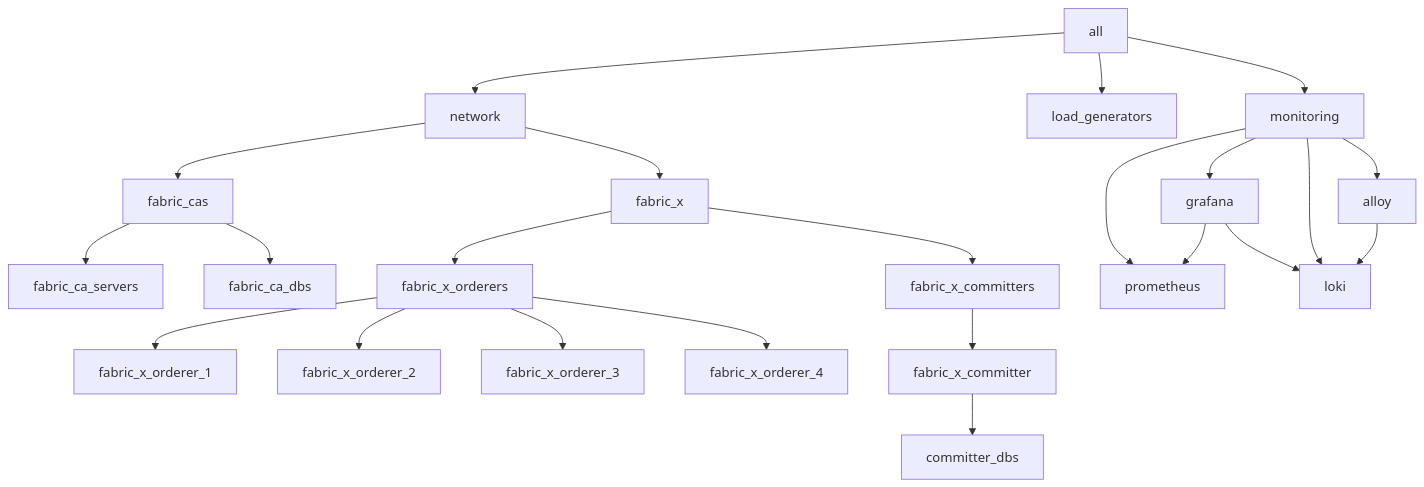
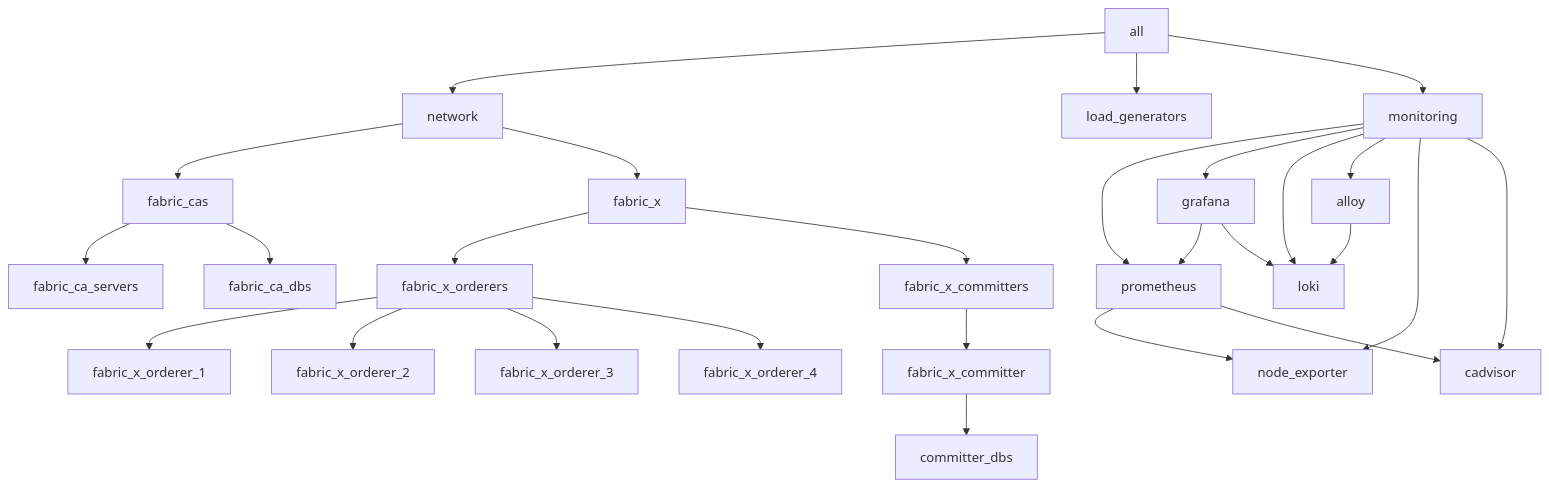
The diagram in examples/inventory/docs/local/fabric-x-yugabyte.md (LF-Decentralized-Trust-labs/fabric-x-ansible-collection), drawn with Mermaid before and after one commit. The commit also changed other lines of this file and 77 other files, not shown here.

````diff
--- a/examples/inventory/docs/local/fabric-x-yugabyte.md
+++ b/examples/inventory/docs/local/fabric-x-yugabyte.md
@@ -34,25 +34,29 @@
 ```mermaid
 flowchart TD
   all --> network
   network --> fabric_cas
   network --> fabric_x
   all --> load_generators
   all --> monitoring
   monitoring --> prometheus
   monitoring --> grafana
   monitoring --> loki
   monitoring --> alloy
+  monitoring --> node_exporter
+  monitoring --> cadvisor
   grafana --> prometheus
   grafana --> loki
   alloy --> loki
+  prometheus --> node_exporter
+  prometheus --> cadvisor
   fabric_cas --> fabric_ca_servers
   fabric_cas --> fabric_ca_dbs
   fabric_x --> fabric_x_orderers
   fabric_x --> fabric_x_committers
   fabric_x_committers --> fabric_x_committer
   fabric_x_orderers --> fabric_x_orderer_1
   fabric_x_orderers --> fabric_x_orderer_2
   fabric_x_orderers --> fabric_x_orderer_3
   fabric_x_orderers --> fabric_x_orderer_4
   fabric_x_committer --> committer_dbs
 ```
````
